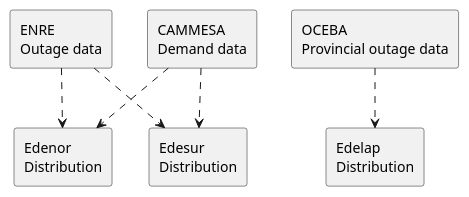
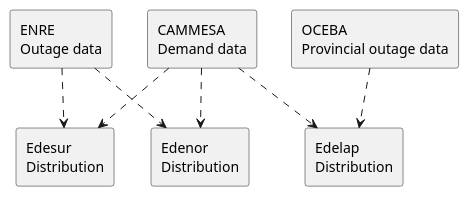
Before and after one commit to fchurca/tupa: the diagram in diagram.pu, drawn with PlantUML. The commit also changed 9 other files, not shown here.

First line of the commit message:
v0.7.0: add CAMMESA demand data for Edelap

```diff
--- a/diagram.pu
+++ b/diagram.pu
@@ -1,18 +1,19 @@
 @startuml
 top to bottom direction
 skinparam shadowing false
 
 rectangle "ENRE\nOutage data" as ENRE
 rectangle "CAMMESA\nDemand data" as CAMMESA
 rectangle "OCEBA\nProvincial outage data" as OCEBA
 
 rectangle "Edenor\nDistribution" as EDENOR
 rectangle "Edesur\nDistribution" as EDESUR
 rectangle "Edelap\nDistribution" as EDELAP
 
 ENRE ..> EDENOR
 ENRE ..> EDESUR
 CAMMESA ..> EDENOR
 CAMMESA ..> EDESUR
+CAMMESA ..> EDELAP
 OCEBA ..> EDELAP
 @enduml
```
